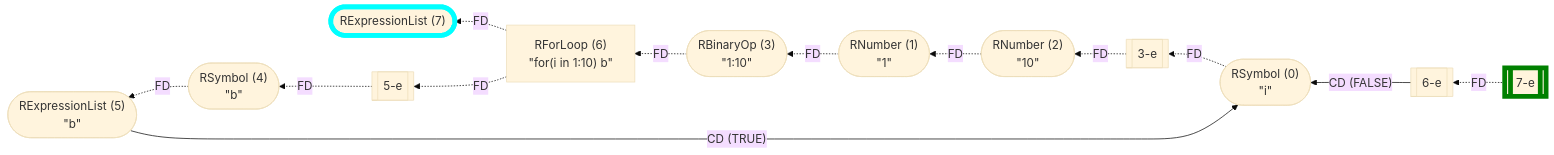
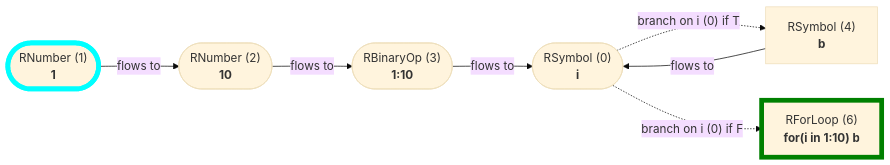
Before and after one commit to flowr-analysis/flowr: diagram 12 of 22 in wiki/Control Flow Graph.md, drawn with Mermaid (base theme). The commit also changed other lines of this file and 141 other files, not shown here.

````diff
--- a/wiki/Control Flow Graph.md
+++ b/wiki/Control Flow Graph.md
@@ -798,35 +708,22 @@
 ```mermaid
-flowchart RL
-    n7(["`RExpressionList (7)`"])
+flowchart LR
     n0(["`RSymbol (0)
-#34;i#34;`"])
+**i**`"])
+    n1(["`RNumber (1)
+**1**`"])
+    n2(["`RNumber (2)
+**10**`"])
+    n3(["`RBinaryOp (3)
+**1#58;10**`"])
+    n4["`RSymbol (4)
+**b**`"]
     n6["`RForLoop (6)
-#34;for(i in 1#58;10) b#34;`"]
-    n1(["`RNumber (1)
-#34;1#34;`"])
-    n2(["`RNumber (2)
-#34;10#34;`"])
-    n3(["`RBinaryOp (3)
-#34;1#58;10#34;`"])
-    n3-e[[3-e]]
-    n5(["`RExpressionList (5)
-#34;b#34;`"])
-    n4(["`RSymbol (4)
-#34;b#34;`"])
-    n5-e[[5-e]]
-    n6-e[[6-e]]
-    n7-e[[7-e]]
-    n6 -.->|"FD"| n7
-    n6 -.->|"FD"| n5-e
-    n2 -.->|"FD"| n1
-    n1 -.->|"FD"| n3
-    n3-e -.->|"FD"| n2
-    n4 -.->|"FD"| n5
-    n5-e -.->|"FD"| n4
-    n3 -.->|"FD"| n6
-    n0 -.->|"FD"| n3-e
-    n5 -->|"CD (TRUE)"| n0
-    n6-e -->|"CD (FALSE)"| n0
-    n7-e -.->|"FD"| n6-e
-    style n7 stroke:cyan,stroke-width:6.5px;    style n7-e stroke:green,stroke-width:6.5px;
+**for(i in 1#58;10) b**`"]
+    n3 -->|"flows to"| n0
+    n1 -->|"flows to"| n2
+    n2 -->|"flows to"| n3
+    n0 -.->|"branch on i (0) if T"| n4
+    n0 -.->|"branch on i (0) if F"| n6
+    n4 -->|"flows to"| n0
+    style n1 stroke:cyan,stroke-width:6.5px;    style n6 stroke:green,stroke-width:6.5px;
 ```
````
